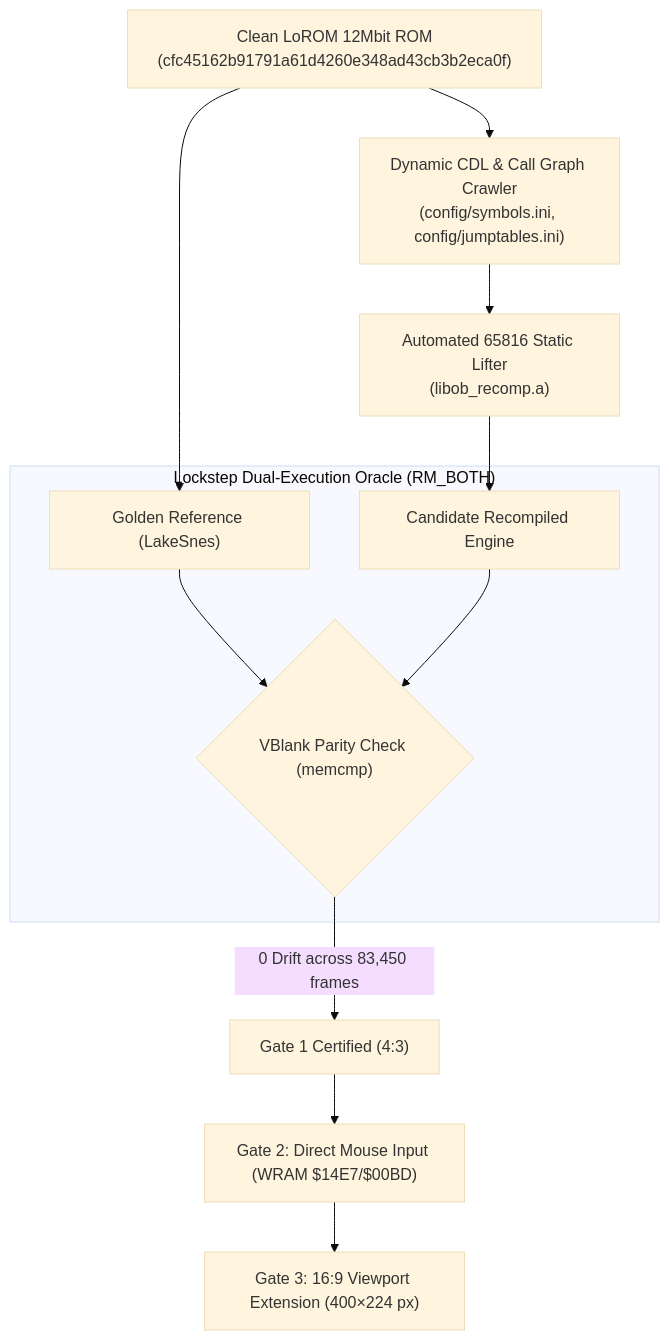
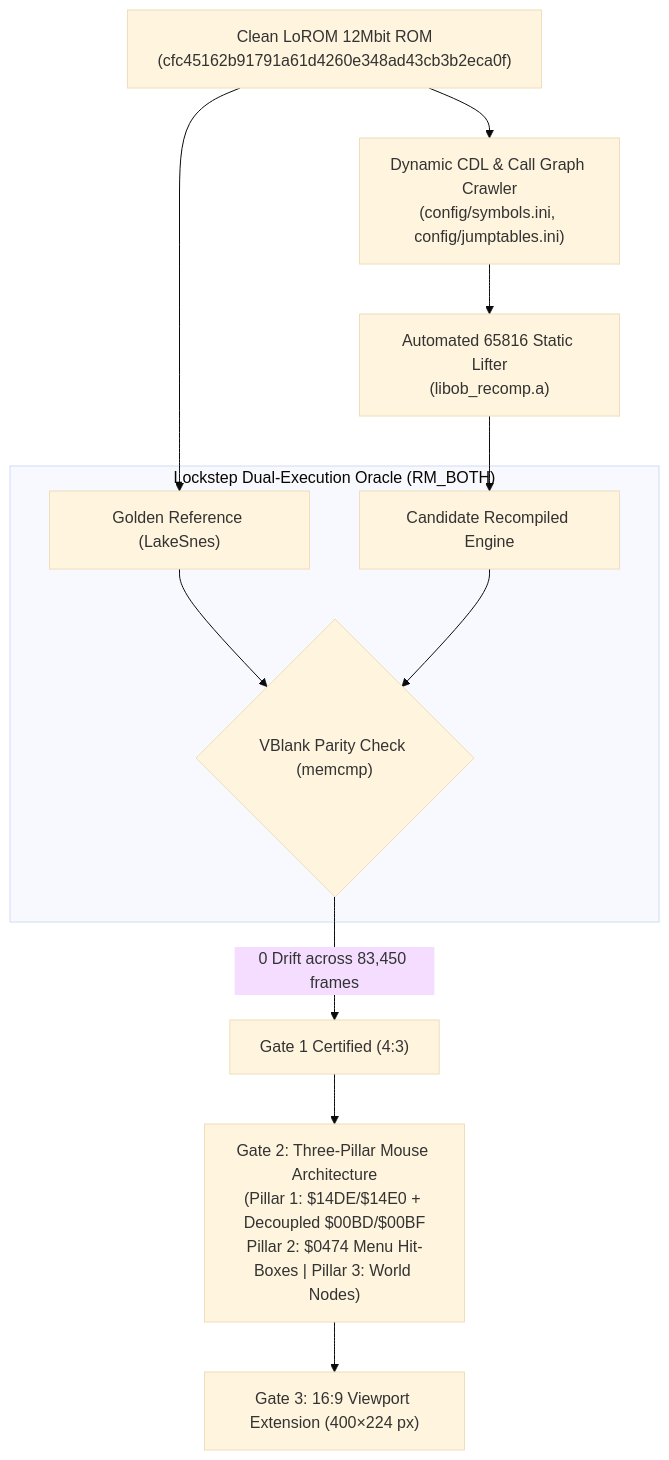
One commit to hoyajavis/ogre-battle-pc changed the diagram in README.md. Above: the diagram before and after it, drawn with Mermaid (base theme). The commit also changed other lines of this file and 5 other files, not shown here.

Commit message:
docs(gate2): deprecate Rev 1-8 synthetic D-Pad steering and specify Three-Pillar Mouse Architecture

````diff
--- a/README.md
+++ b/README.md
@@ -20,19 +20,19 @@
 ```mermaid
 flowchart TD
     ROM["Clean LoROM 12Mbit ROM\n(cfc45162b91791a61d4260e348ad43cb3b2eca0f)"] --> CDL["Dynamic CDL & Call Graph Crawler\n(config/symbols.ini, config/jumptables.ini)"]
     CDL --> Lifter["Automated 65816 Static Lifter\n(libob_recomp.a)"]
     
     subgraph DualExec ["Lockstep Dual-Execution Oracle (RM_BOTH)"]
         REF["Golden Reference (LakeSnes)"]
         CAND["Candidate Recompiled Engine"]
         CMP{"VBlank Parity Check (memcmp)"}
         REF --> CMP
         CAND --> CMP
     end
     
     Lifter --> CAND
     ROM --> REF
     CMP -->|0 Drift across 83,450 frames| G1["Gate 1 Certified (4:3)"]
-    G1 --> G2["Gate 2: Direct Mouse Input (WRAM $14E7/$00BD)"]
+    G1 --> G2["Gate 2: Three-Pillar Mouse Architecture\n(Pillar 1: $14DE/$14E0 + Decoupled $00BD/$00BF\nPillar 2: $0474 Menu Hit-Boxes | Pillar 3: World Nodes)"]
     G2 --> G3["Gate 3: 16:9 Viewport Extension (400×224 px)"]
 ```
````
